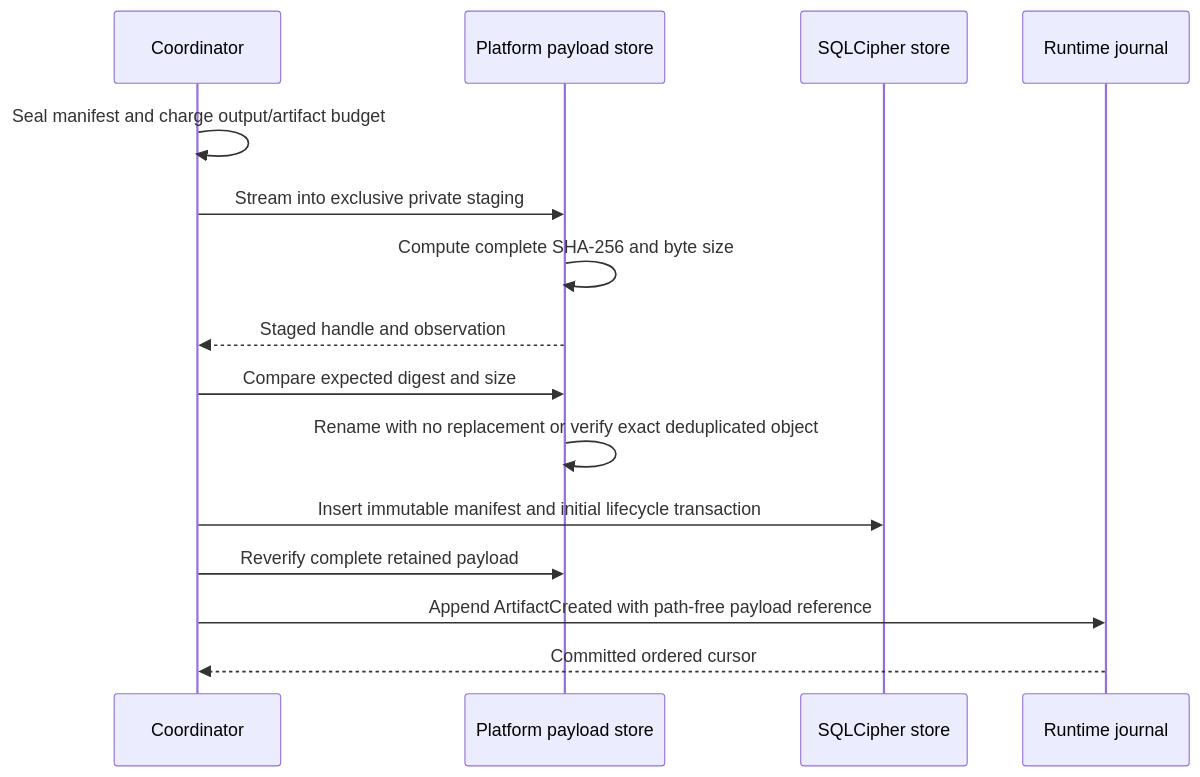
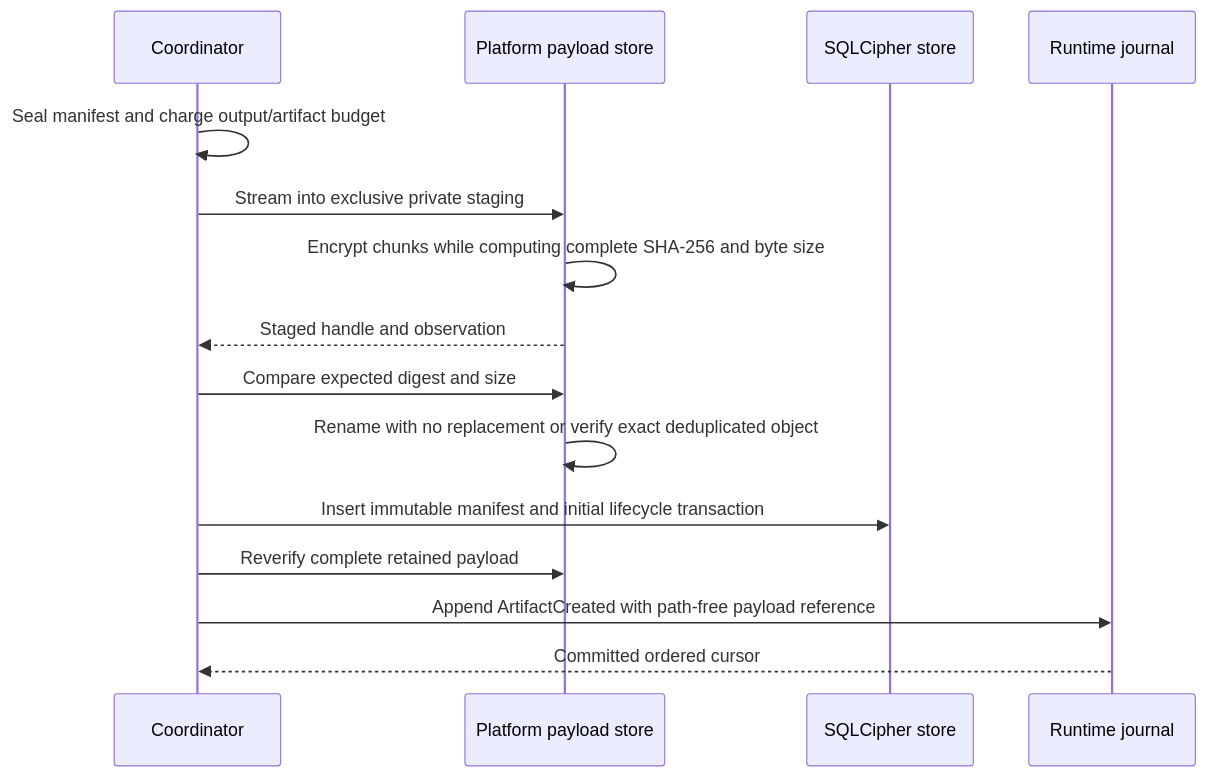
The second of 4 diagrams in docs/architecture/runtime-artifact-lifecycle.md (AaronNHorvitz/AgentMage), drawn with Mermaid before and after one commit. The commit also changed other lines of this file and 18 other files, not shown here.

````diff
--- a/docs/architecture/runtime-artifact-lifecycle.md
+++ b/docs/architecture/runtime-artifact-lifecycle.md
@@ -90,18 +98,18 @@
 ```mermaid
 sequenceDiagram
     participant C as Coordinator
     participant P as Platform payload store
     participant S as SQLCipher store
     participant J as Runtime journal
 
     C->>C: Seal manifest and charge output/artifact budget
     C->>P: Stream into exclusive private staging
-    P->>P: Compute complete SHA-256 and byte size
+    P->>P: Encrypt chunks while computing complete SHA-256 and byte size
     P-->>C: Staged handle and observation
     C->>P: Compare expected digest and size
     P->>P: Rename with no replacement or verify exact deduplicated object
     C->>S: Insert immutable manifest and initial lifecycle transaction
     C->>P: Reverify complete retained payload
     C->>J: Append ArtifactCreated with path-free payload reference
     J-->>C: Committed ordered cursor
 ```
````
